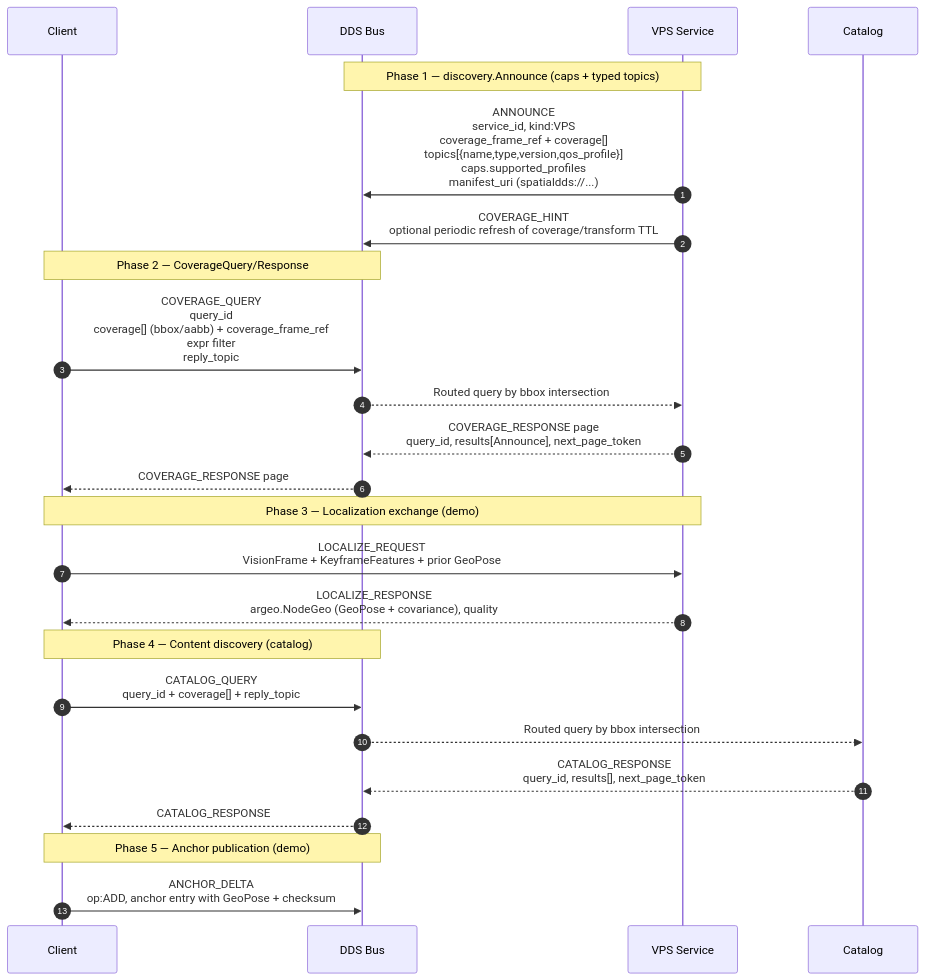
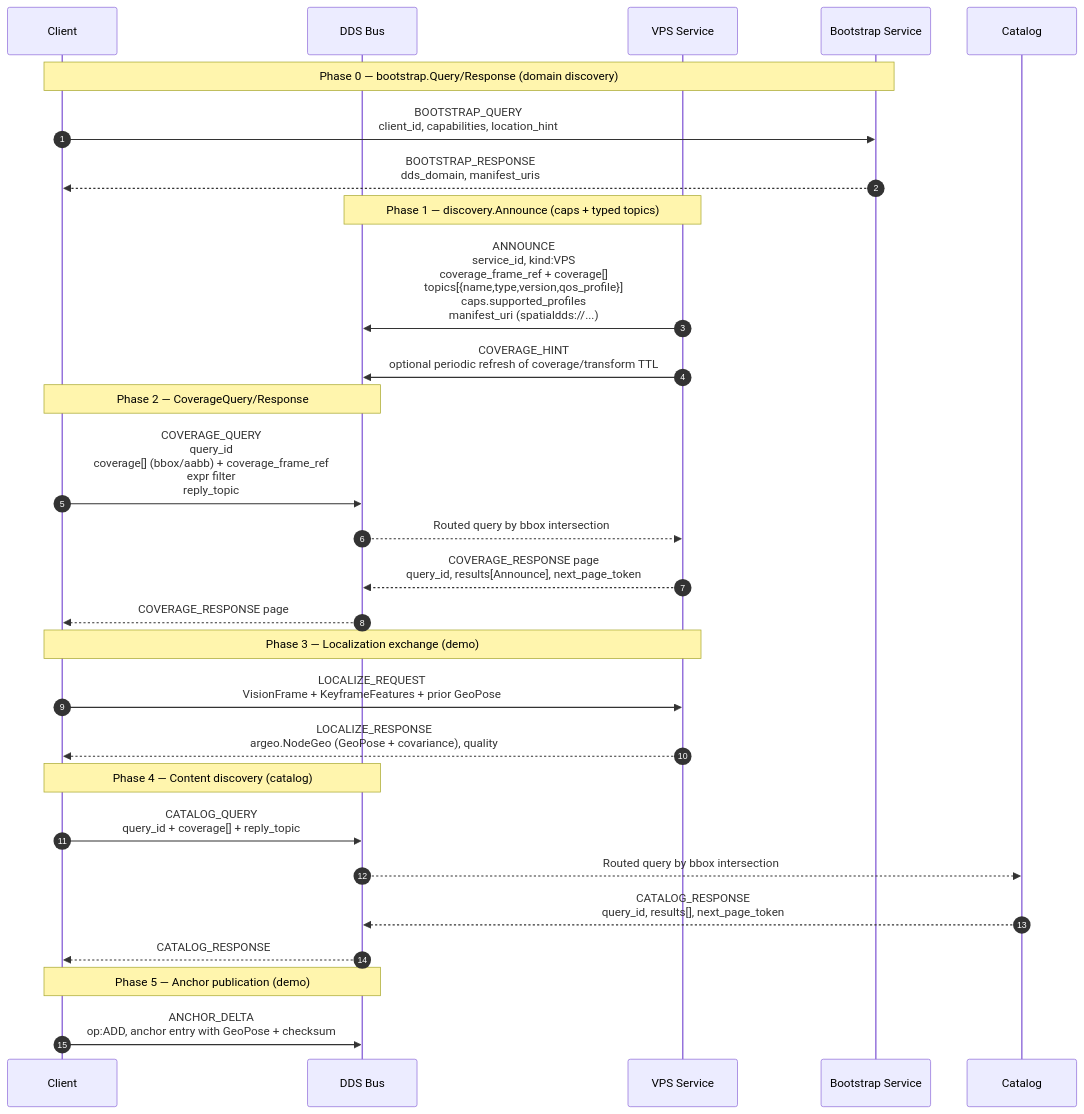
The diagram in README.md (OpenArCloud/SpatialDDS-demo), drawn with Mermaid before and after one commit. The commit also changed other lines of this file, not shown here.

Commit message:
Update protocol flow with bootstrap

````diff
--- a/README.md
+++ b/README.md
@@ -15,30 +15,35 @@
 ```mermaid
 sequenceDiagram
     autonumber
     participant Client
     participant DDS as DDS Bus
     participant VPS as VPS Service
+    participant Bootstrap as Bootstrap Service
+
+    Note over Client,Bootstrap: Phase 0 — bootstrap.Query/Response (domain discovery)
+    Client->>Bootstrap: BOOTSTRAP_QUERY<br/>client_id, capabilities, location_hint
+    Bootstrap-->>Client: BOOTSTRAP_RESPONSE<br/>dds_domain, manifest_uris
 
     Note over VPS,DDS: Phase 1 — discovery.Announce (caps + typed topics)
     VPS->>DDS: ANNOUNCE<br/>service_id, kind:VPS<br/>coverage_frame_ref + coverage[]<br/>topics[{name,type,version,qos_profile}]<br/>caps.supported_profiles<br/>manifest_uri (spatialdds://...)
     VPS->>DDS: COVERAGE_HINT<br/>optional periodic refresh of coverage/transform TTL
 
     Note over Client,DDS: Phase 2 — CoverageQuery/Response
     Client->>DDS: COVERAGE_QUERY<br/>query_id<br/>coverage[] (bbox/aabb) + coverage_frame_ref<br/>expr filter<br/>reply_topic
     DDS-->>VPS: Routed query by bbox intersection
     VPS-->>DDS: COVERAGE_RESPONSE page<br/>query_id, results[Announce], next_page_token
     DDS-->>Client: COVERAGE_RESPONSE page
 
     Note over Client,VPS: Phase 3 — Localization exchange (demo)
     Client->>VPS: LOCALIZE_REQUEST<br/>VisionFrame + KeyframeFeatures + prior GeoPose
     VPS-->>Client: LOCALIZE_RESPONSE<br/>argeo.NodeGeo (GeoPose + covariance), quality
 
     Note over Client,DDS: Phase 4 — Content discovery (catalog)
     Client->>DDS: CATALOG_QUERY<br/>query_id + coverage[] + reply_topic
     DDS-->>Catalog: Routed query by bbox intersection
     Catalog-->>DDS: CATALOG_RESPONSE<br/>query_id, results[], next_page_token
     DDS-->>Client: CATALOG_RESPONSE
 
     Note over Client,DDS: Phase 5 — Anchor publication (demo)
     Client->>DDS: ANCHOR_DELTA<br/>op:ADD, anchor entry with GeoPose + checksum
 ```
````
